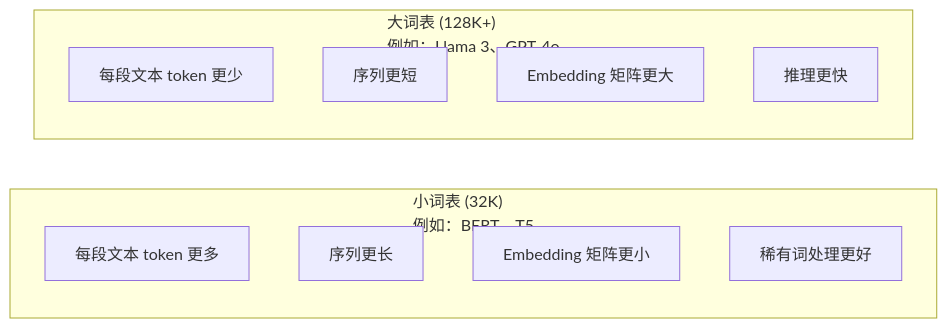
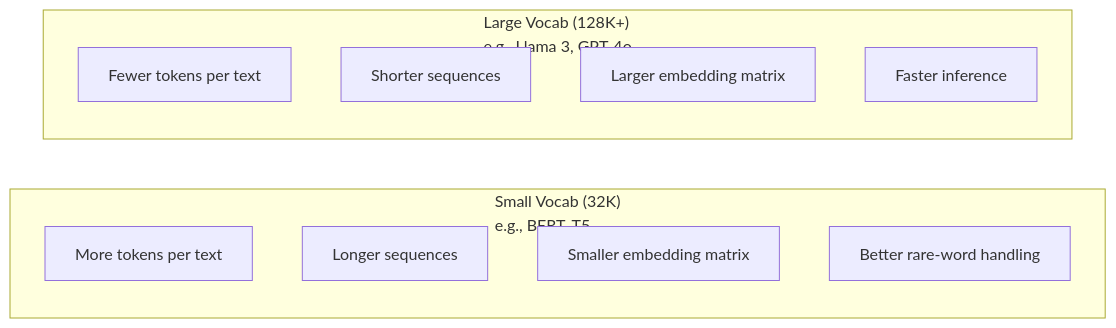
Before and after one commit to xiaojiaenen/ai-engineering-from-scratch-zh: the third of 3 diagrams in i18n/zh/phases/10-llms-from-scratch/01-tokenizers/docs/zh.md, drawn with Mermaid. The commit also changed other lines of this file and 24 other files, not shown here.

````diff
--- a/i18n/zh/phases/10-llms-from-scratch/01-tokenizers/docs/zh.md
+++ b/i18n/zh/phases/10-llms-from-scratch/01-tokenizers/docs/zh.md
@@ -167,15 +168,15 @@
 ```mermaid
 graph LR
-    subgraph Small["小词表 (32K)\n例如：BERT、T5"]
-        S1["每段文本 token 更多"]
-        S2["序列更长"]
-        S3["Embedding 矩阵更小"]
-        S4["稀有词处理更好"]
+    subgraph Small["Small Vocab (32K)\ne.g., BERT, T5"]
+        S1["More tokens per text"]
+        S2["Longer sequences"]
+        S3["Smaller embedding matrix"]
+        S4["Better rare-word handling"]
     end
-    subgraph Large["大词表 (128K+)\n例如：Llama 3、GPT-4o"]
-        L1["每段文本 token 更少"]
-        L2["序列更短"]
-        L3["Embedding 矩阵更大"]
-        L4["推理更快"]
+    subgraph Large["Large Vocab (128K+)\ne.g., Llama 3, GPT-4o"]
+        L1["Fewer tokens per text"]
+        L2["Shorter sequences"]
+        L3["Larger embedding matrix"]
+        L4["Faster inference"]
     end
 ```
````
